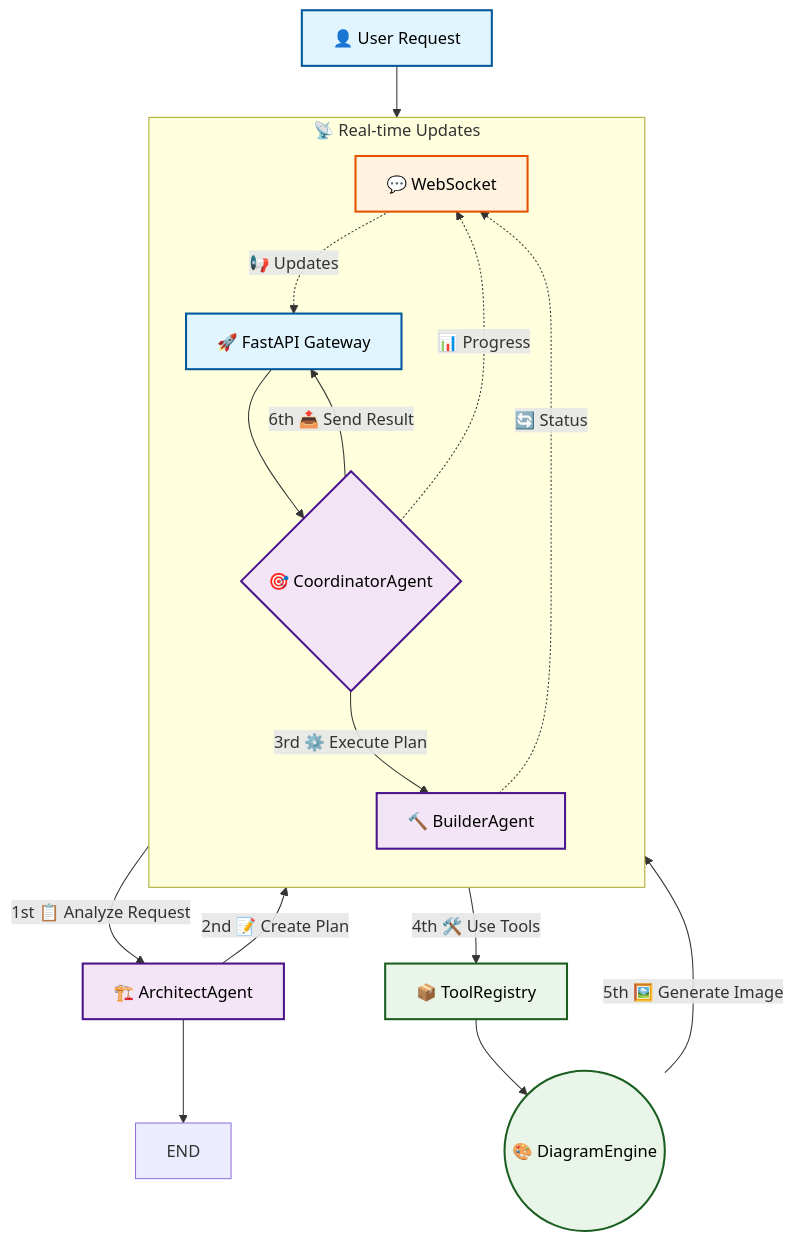
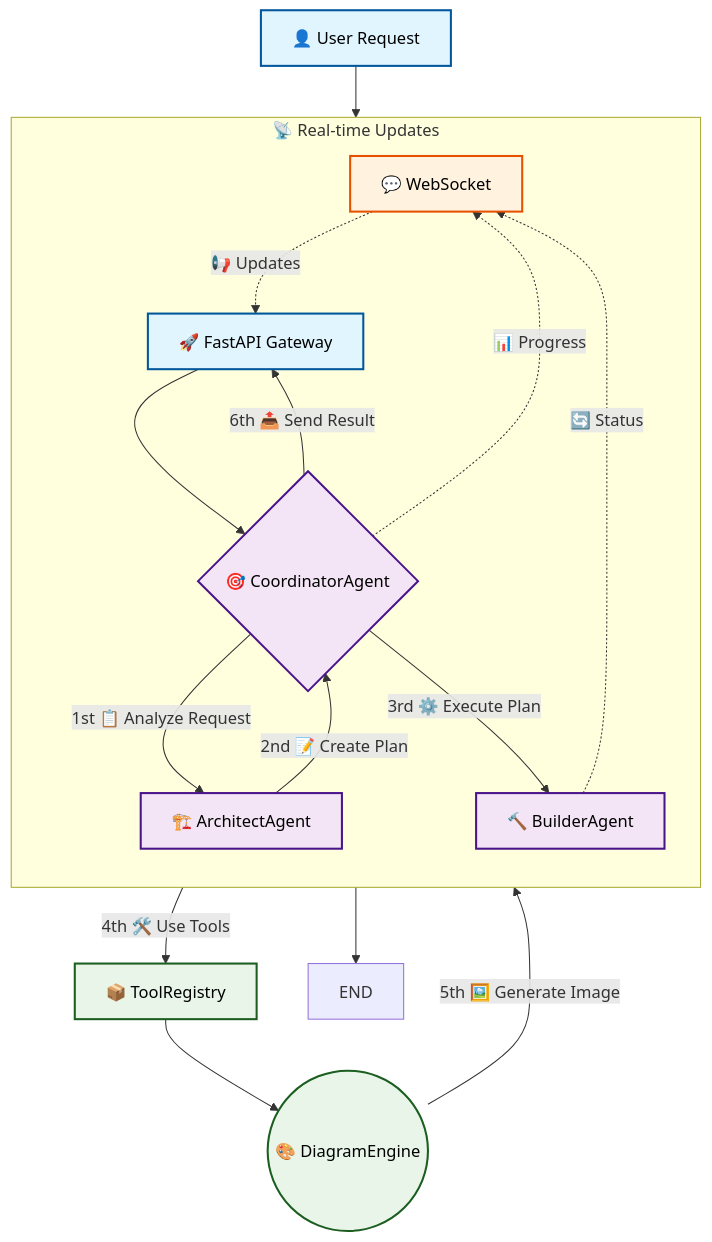
The diagram in README.md (mnproduction/test-diagram-creator), drawn with Mermaid before and after one commit.

Commit message:
Update README.md
Architect also RT updates

````diff
--- a/README.md
+++ b/README.md
@@ -69,36 +69,37 @@
 ```mermaid
 flowchart TD
  subgraph RT["📡 Real-time Updates"]
     direction TB
         H["💬 WebSocket"]
         C{"🎯 CoordinatorAgent"}
         E["🔨 BuilderAgent"]
         B["🚀 FastAPI Gateway"]
+        D["🏗️ ArchitectAgent"]
   end
     A["👤 User Request"] --> B
     B --> C
     C -- 1st 📋 Analyze Request --> D["🏗️ ArchitectAgent"]
     D -- 2nd 📝 Create Plan --> C
     C -- 3rd ⚙️ Execute Plan --> E
     E -- 4th 🛠️ Use Tools --> F["📦 ToolRegistry"]
     F --> G(("🎨 DiagramEngine"))
     G -- 5th 🖼️ Generate Image --> C
     C -- 6th 📤 Send Result --> B
     C -. 📊 Progress .-> H
     E -. 🔄 Status .-> H
     H -. 📢 Updates .-> B
     D --> I["END"]
 
      A:::userLayer
      B:::userLayer
      C:::agentLayer
      D:::agentLayer
      E:::agentLayer
      F:::toolLayer
      G:::toolLayer
      H:::realtimeLayer
     classDef userLayer fill:#e1f5fe,stroke:#01579b,stroke-width:2px,color:#000
     classDef agentLayer fill:#f3e5f5,stroke:#4a148c,stroke-width:2px,color:#000
     classDef toolLayer fill:#e8f5e8,stroke:#1b5e20,stroke-width:2px,color:#000
     classDef realtimeLayer fill:#fff3e0,stroke:#e65100,stroke-width:2px,color:#000
 ```
````
